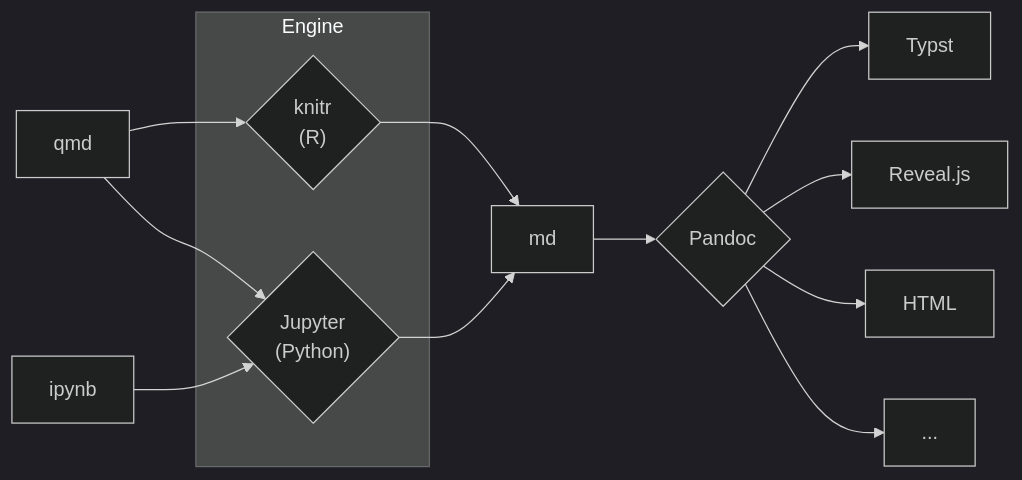
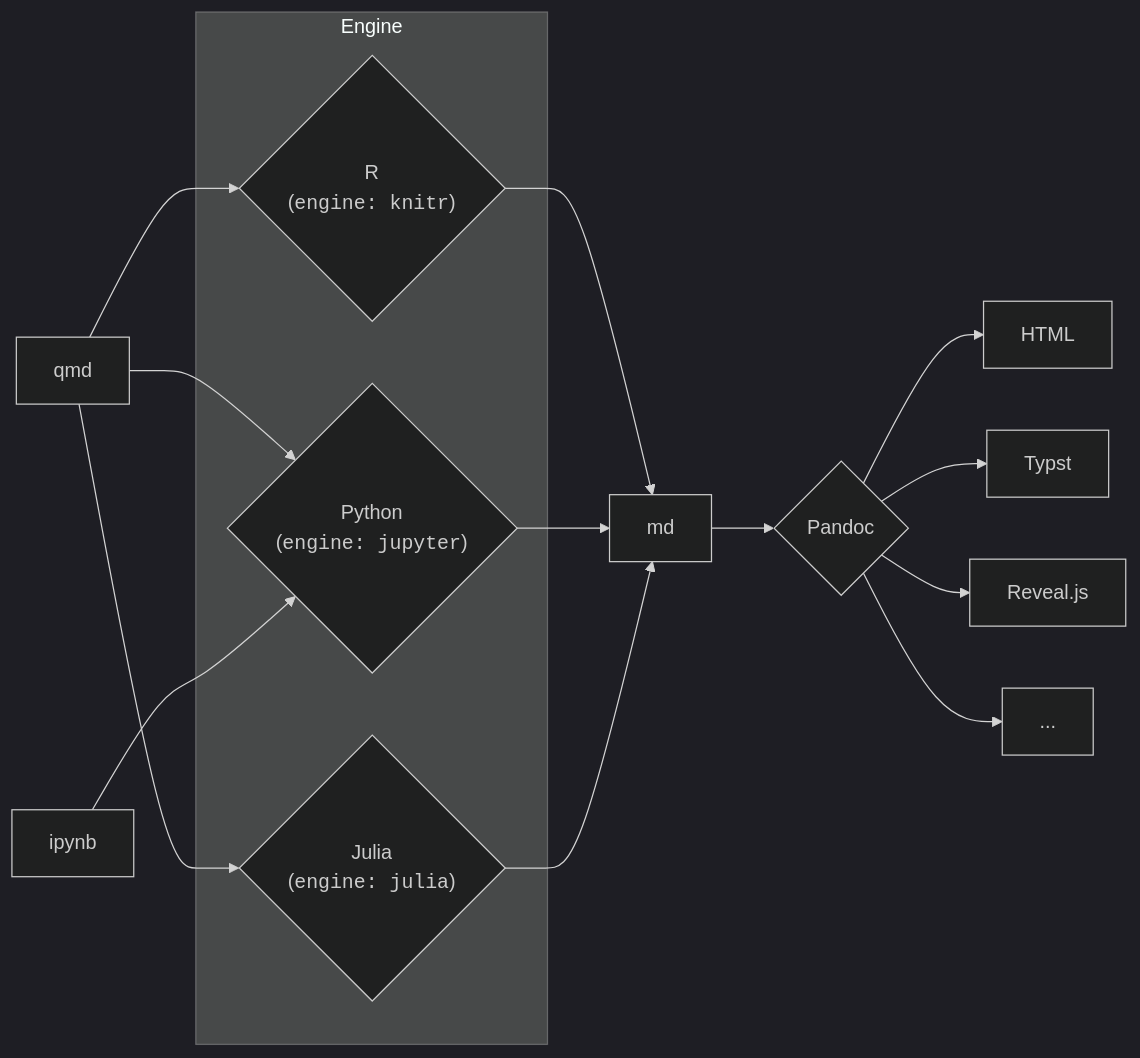
The first of 3 diagrams in sessions/01-introduction-setup/index.qmd (mcanouil/mastering-quarto-cli), drawn with Mermaid before and after one commit. The commit also changed other lines of this file and 34 other files, not shown here.

````diff
--- a/sessions/01-introduction-setup/index.qmd
+++ b/sessions/01-introduction-setup/index.qmd
@@ -93,26 +123,29 @@
 ```{mermaid}
 %%| label: quarto-workflow
 %%| fig-width: 10
 %%{
   init: {
     "theme": "dark",
     "themeCSS": ".label foreignObject, .cluster-label foreignObject { font-size: 90%; overflow: visible; }"
   }
 }%%
 flowchart LR
-  A1[qmd] --> C{"knitr<br>(R)"}
-  A1[qmd] --> B{"Jupyter<br>(Python)"}
-  A2[ipynb] --> B{"Jupyter<br>(Python)"}
-  B --> D[md]
-  C --> D[md]
-  D --> E{"Pandoc"}
-  E --> F["Typst"]
-  E --> G["Reveal.js"]
-  E --> H["HTML"]
-  E --> I[...]
+  A1[qmd] --> B1{"R<br>(<code>engine: knitr</code>)"}
+  A1[qmd] --> B2{"Python<br>(<code>engine: jupyter</code>)"}
+  A1[qmd] --> B3{"Julia<br>(<code>engine: julia</code>)"}
+  A2[ipynb] --> B2
+  B1 --> C[md]
+  B2 --> C[md]
+  B3 --> C[md]
+  C --> D{"Pandoc"}
+  D --> E["HTML"]
+  D --> F["Typst"]
+  D --> G["Reveal.js"]
+  D --> H[...]
 
   subgraph engine [Engine]
-  B
-  C
+  B1
+  B2
+  B3
   end
 ```
````
